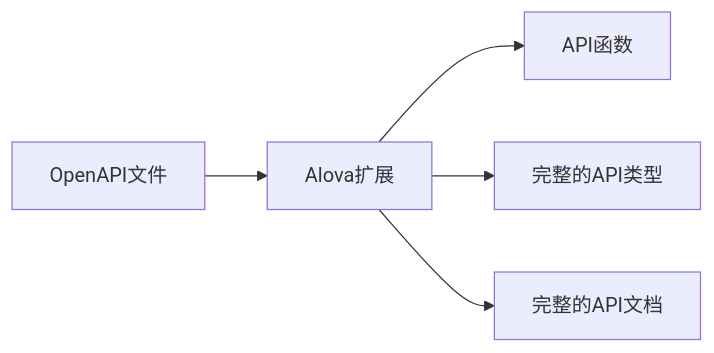
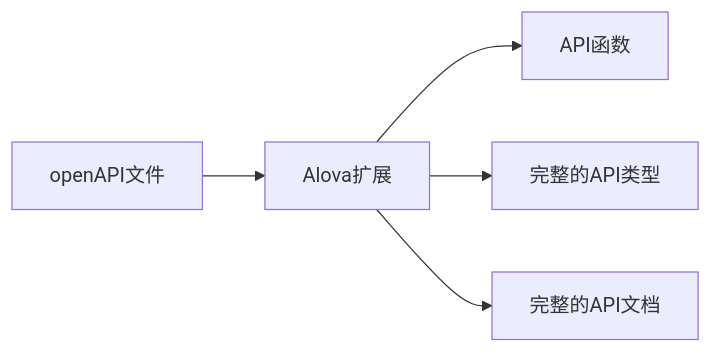
One commit to alovajs/alovajs.github.io changed the first of 2 diagrams in i18n/zh-CN/docusaurus-plugin-content-docs/current/tutorial/02-getting-started/01-introduce.md. Above: the diagram before and after it, drawn with Mermaid. The commit also changed other lines of this file and 1 other file, not shown here.

````diff
--- a/i18n/zh-CN/docusaurus-plugin-content-docs/current/tutorial/02-getting-started/01-introduce.md
+++ b/i18n/zh-CN/docusaurus-plugin-content-docs/current/tutorial/02-getting-started/01-introduce.md
@@ -77,6 +77,6 @@
 ```mermaid
 flowchart LR
-R1[OpenAPI文件] --> S1[Alova扩展] --> W1[API函数]
+R1[openAPI文件] --> S1[Alova扩展] --> W1[API函数]
 S1[Alova扩展] --> W2[完整的API类型]
 S1[Alova扩展] --> W3[完整的API文档]
 ```
````
